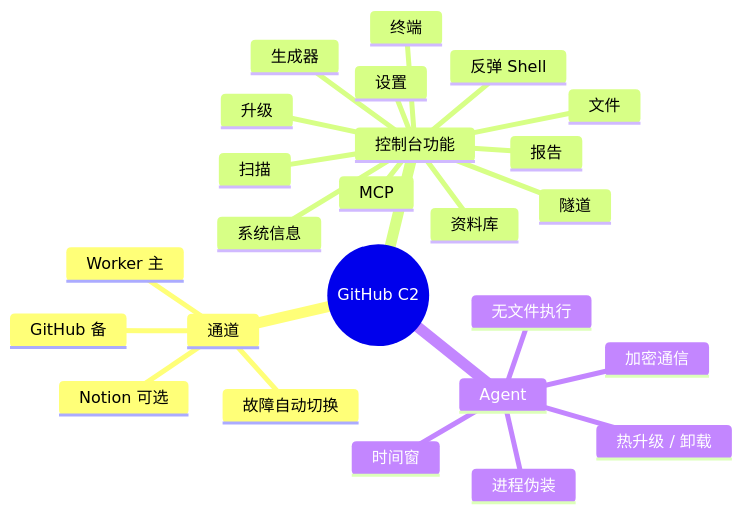
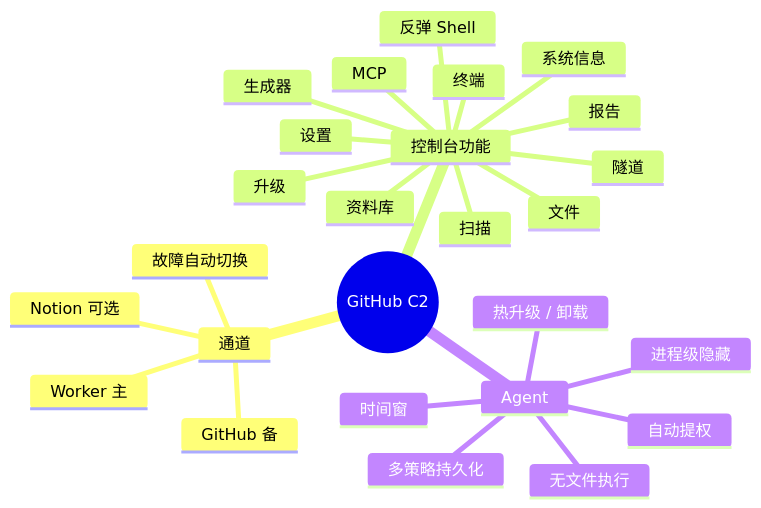
Before and after one commit to Kxiandaoyan/github-C2: the second of 2 diagrams in README.md, drawn with Mermaid. The commit also changed other lines of this file and 1 other file, not shown here.

````diff
--- a/README.md
+++ b/README.md
@@ -52,28 +118,29 @@
 ```mermaid
 mindmap
   root((GitHub C2))
     通道
       Worker 主
       GitHub 备
       Notion 可选
       故障自动切换
     控制台功能
       终端
       反弹 Shell
       文件
       隧道
       扫描
       系统信息
       资料库
       报告
       升级
       生成器
       MCP
       设置
     Agent
-      加密通信
+      自动提权
+      进程级隐藏
+      多策略持久化
       时间窗
-      进程伪装
       无文件执行
       热升级 / 卸载
 ```
````
